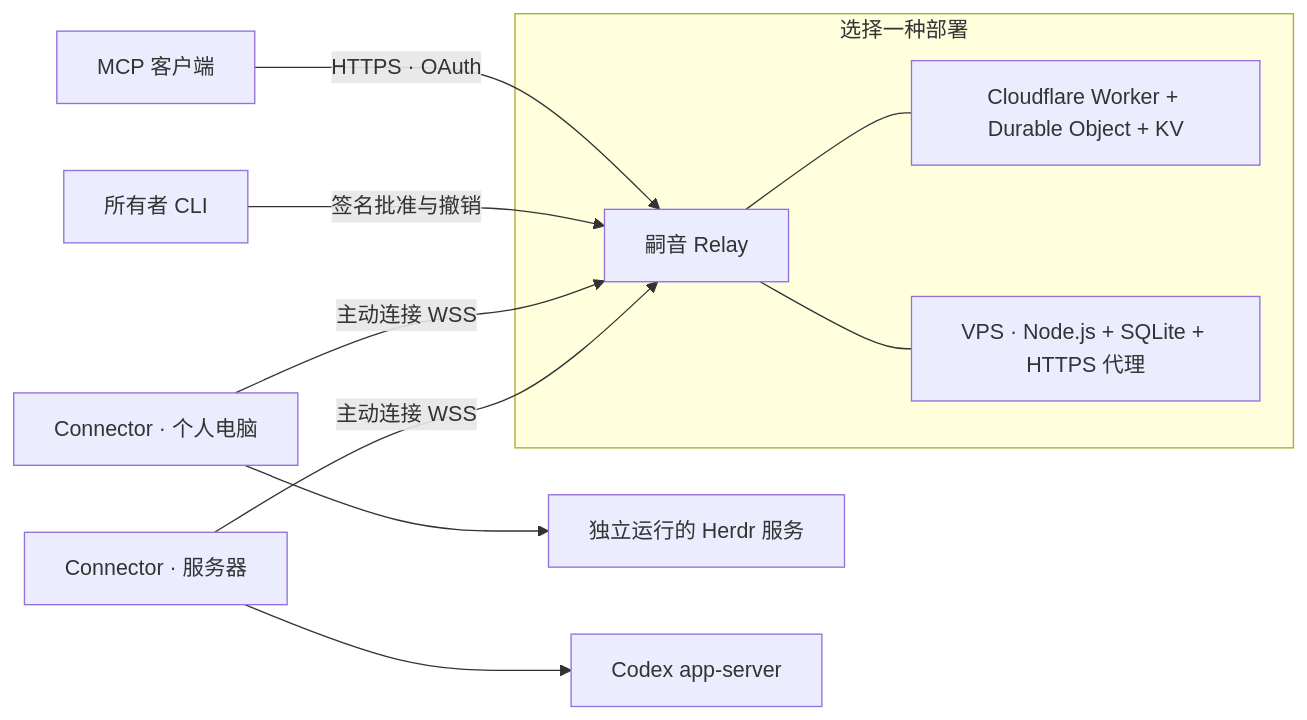
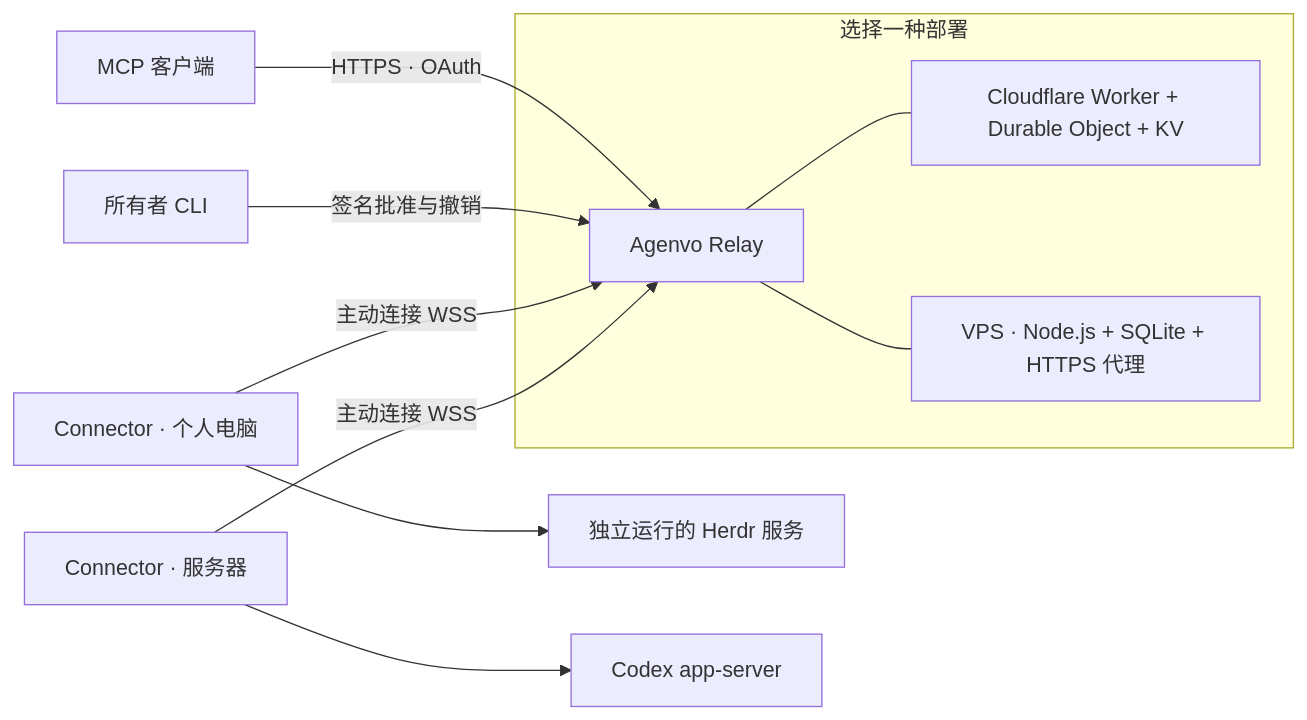
The diagram in README.zh-CN.md (AkaraChen/agenvo), drawn with Mermaid before and after one commit. The commit also changed other lines of this file and 51 other files, not shown here.

````diff
--- a/README.zh-CN.md
+++ b/README.zh-CN.md
@@ -9,13 +9,13 @@
 ```mermaid
 flowchart LR
-    C["MCP 客户端"] -->|"HTTPS · OAuth"| R["嗣音 Relay"]
+    C["MCP 客户端"] -->|"HTTPS · OAuth"| R["Agenvo Relay"]
     O["所有者 CLI"] -->|"签名批准与撤销"| R
     subgraph Deployment["选择一种部署"]
       R --- CF["Cloudflare Worker + Durable Object + KV"]
       R --- VPS["VPS · Node.js + SQLite + HTTPS 代理"]
     end
     A["Connector · 个人电脑"] -->|"主动连接 WSS"| R
     B["Connector · 服务器"] -->|"主动连接 WSS"| R
     A --> H["独立运行的 Herdr 服务"]
     B --> X["Codex app-server"]
 ```
````
